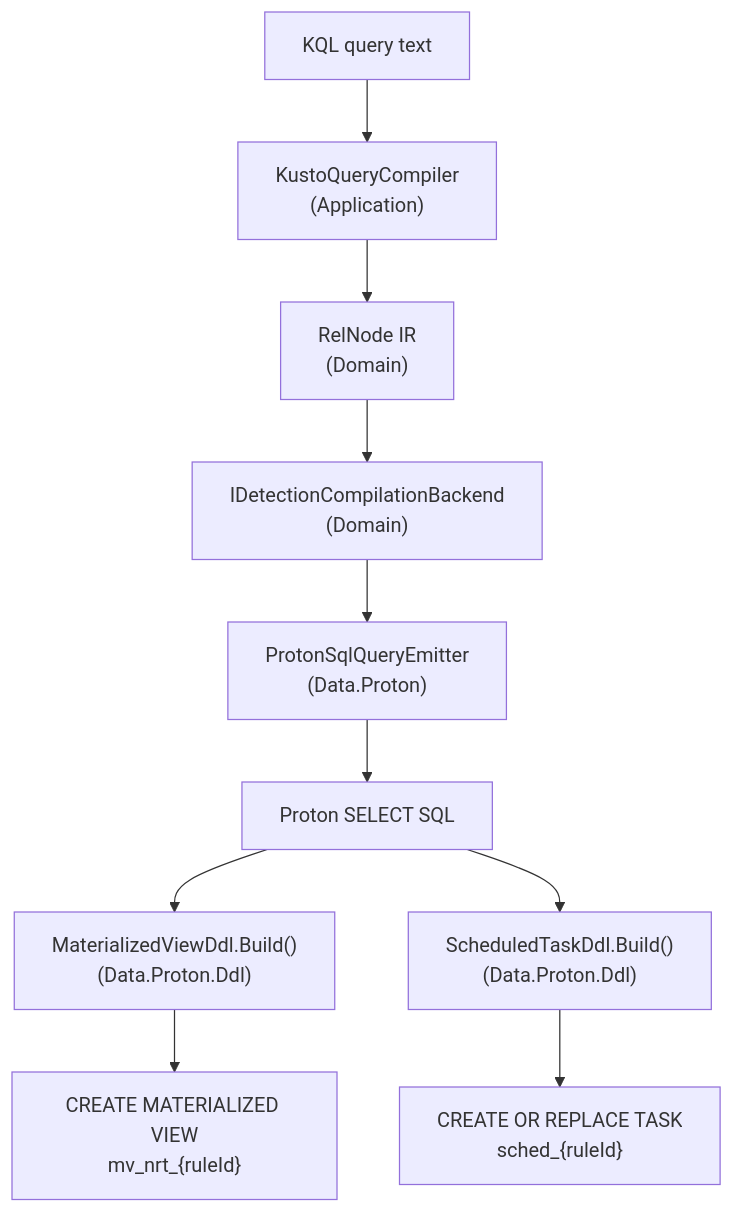
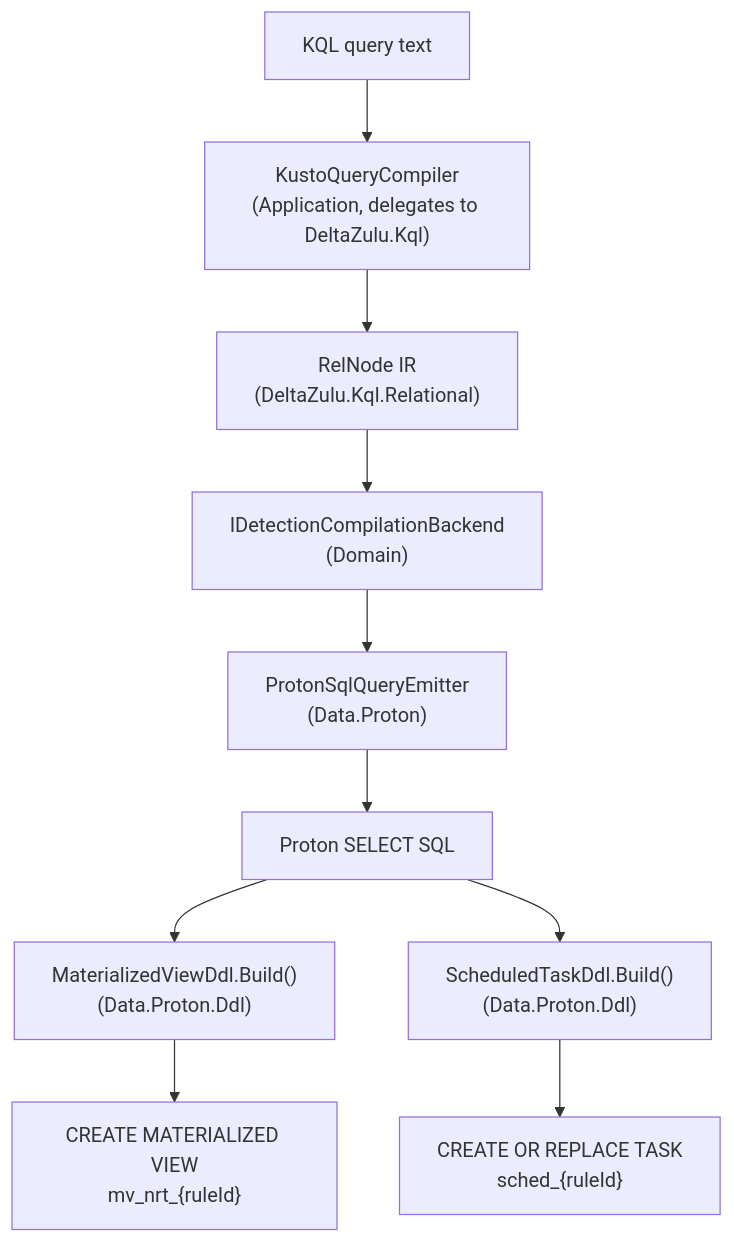
The fourth of 6 diagrams in docs/ARCHITECTURE.md (DeltaZulu-OU/DeltaZulu.Platform), drawn with Mermaid before and after one commit. The commit also changed other lines of this file and 1 other file, not shown here.

First line of the commit message:
Document shared KQL relational architecture

````diff
--- a/docs/ARCHITECTURE.md
+++ b/docs/ARCHITECTURE.md
@@ -538,12 +544,12 @@
 ```mermaid
 flowchart TD
-    KQL["KQL query text"] --> KC["KustoQueryCompiler<br/>(Application)"]
-    KC --> RN["RelNode IR<br/>(Domain)"]
+    KQL["KQL query text"] --> KC["KustoQueryCompiler<br/>(Application, delegates to DeltaZulu.Kql)"]
+    KC --> RN["RelNode IR<br/>(DeltaZulu.Kql.Relational)"]
     RN --> BE["IDetectionCompilationBackend<br/>(Domain)"]
     BE --> PE["ProtonSqlQueryEmitter<br/>(Data.Proton)"]
     PE --> SQL["Proton SELECT SQL"]
     SQL --> MV["MaterializedViewDdl.Build()<br/>(Data.Proton.Ddl)"]
     SQL --> ST["ScheduledTaskDdl.Build()<br/>(Data.Proton.Ddl)"]
     MV --> NRT_DDL["CREATE MATERIALIZED VIEW<br/>mv_nrt_{ruleId}"]
     ST --> SCHED_DDL["CREATE OR REPLACE TASK<br/>sched_{ruleId}"]
 ```
````
